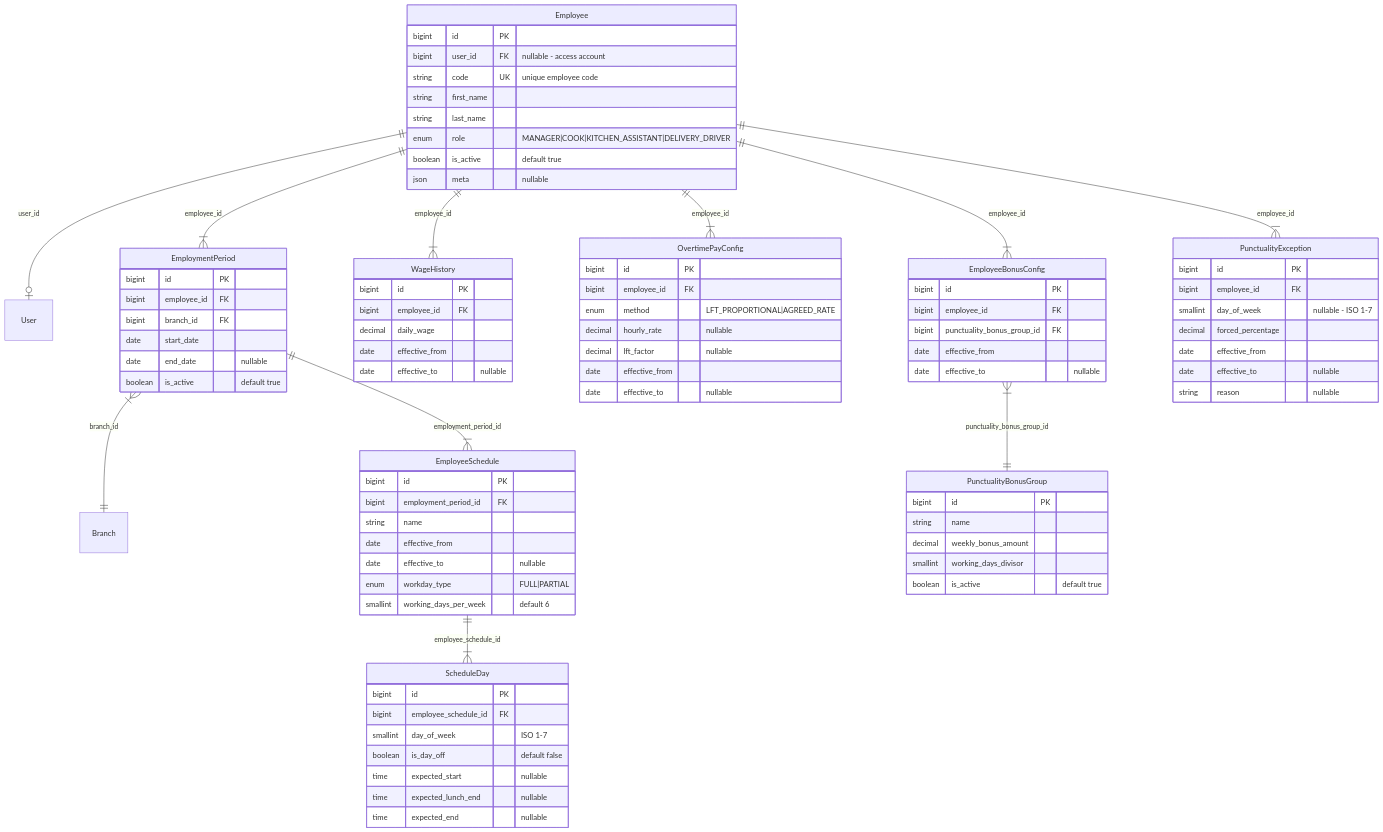
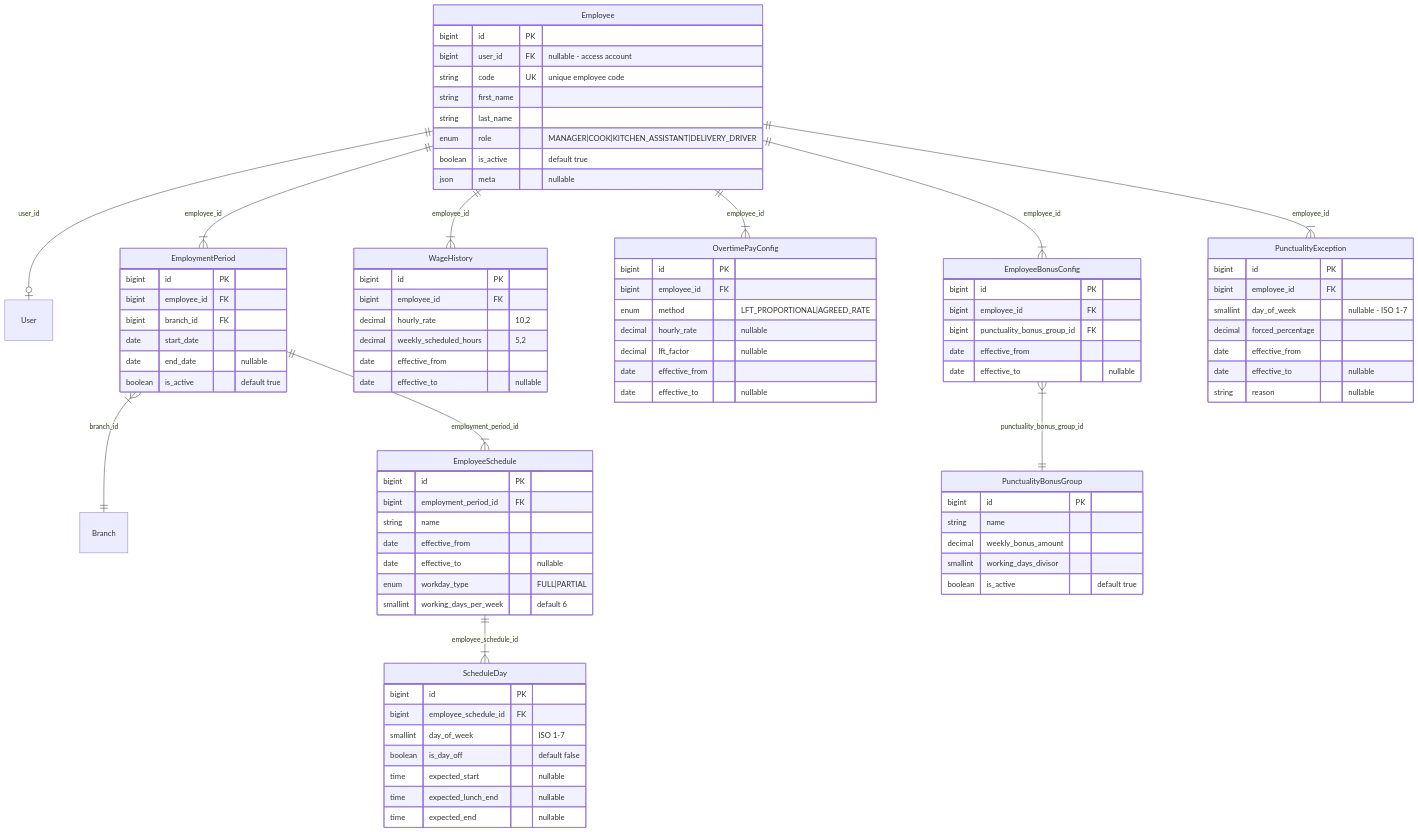
One commit to pakodiazdev/sushigo changed the first of 18 diagrams in doc/modules/attendance-payroll/attendance-payroll-domain-model.en.md. Above: the diagram before and after it, drawn with Mermaid. The commit also changed other lines of this file and 12 other files, not shown here.

```diff
--- a/doc/modules/attendance-payroll/attendance-payroll-domain-model.en.md
+++ b/doc/modules/attendance-payroll/attendance-payroll-domain-model.en.md
@@ -82,7 +82,8 @@
     WageHistory {
         bigint id PK
         bigint employee_id FK
-        decimal daily_wage
+        decimal hourly_rate "10,2"
+        decimal weekly_scheduled_hours "5,2"
         date effective_from
         date effective_to "nullable"
     }
```
